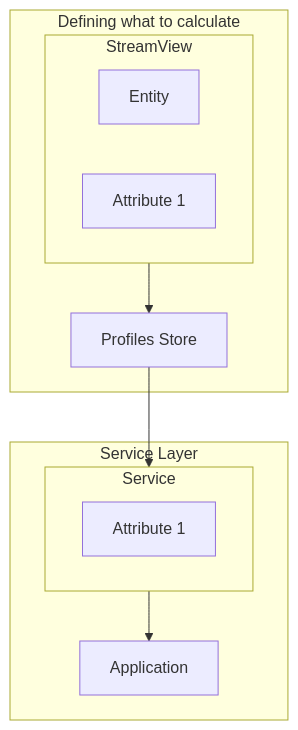
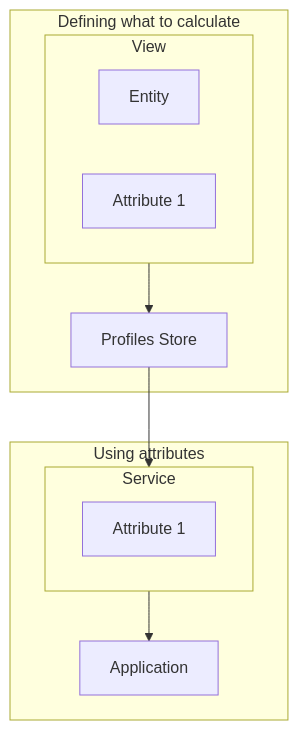
One commit to snowplow/documentation changed the first of 5 diagrams in docs/signals/concepts/index.md. Above: the diagram before and after it, drawn with Mermaid. The commit also changed other lines of this file and 2 other files, not shown here.

````diff
--- a/docs/signals/concepts/index.md
+++ b/docs/signals/concepts/index.md
@@ -33,21 +32,21 @@
 ```mermaid
 flowchart TD
     subgraph Section1[Defining what to calculate]
-        subgraph View[StreamView]
+        subgraph View[View]
             V_Entity[Entity]
             V_Attr1[Attribute 1]
         end
 
         View --> ProfilesStore[Profiles Store]
     end
 
-    subgraph Section2[Service Layer]
+    subgraph Section2[Using attributes]
         ProfilesStore --> Service[Service]
 
         subgraph Service
             S_Attr1[Attribute 1]
         end
 
         Service --> Application[Application]
     end
 ```
````
